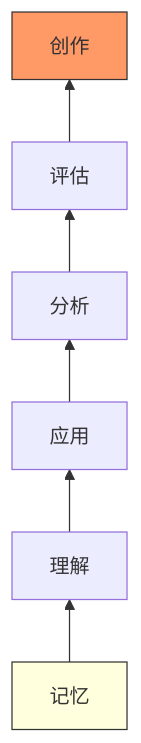
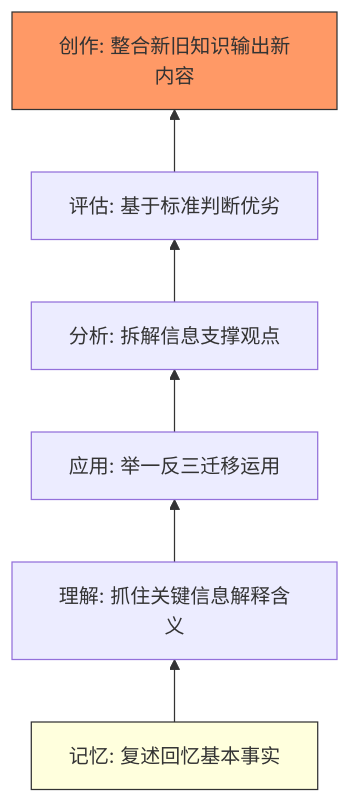
One commit to chongyang211/YCBookBlog changed the sixth of 10 diagrams in 10.自我进阶提升书/07.底层思维的训练/7.6思考能力的提升.md. Above: the diagram before and after it, drawn with Mermaid. The commit also changed other lines of this file and 6 other files, not shown here.

````diff
--- a/10.自我进阶提升书/07.底层思维的训练/7.6思考能力的提升.md
+++ b/10.自我进阶提升书/07.底层思维的训练/7.6思考能力的提升.md
@@ -12,10 +205,10 @@
 ```mermaid
 graph BT
-    A[记忆] --> B[理解]
-    B --> C[应用]
-    C --> D[分析]
-    D --> E[评估]
-    E --> F[创作]
+    A[记忆: 复述回忆基本事实] --> B[理解: 抓住关键信息解释含义]
+    B --> C[应用: 举一反三迁移运用]
+    C --> D[分析: 拆解信息支撑观点]
+    D --> E[评估: 基于标准判断优劣]
+    E --> F[创作: 整合新旧知识输出新内容]
     style A fill:#ffd,stroke:#333
     style F fill:#f96,stroke:#333
 ```
````
